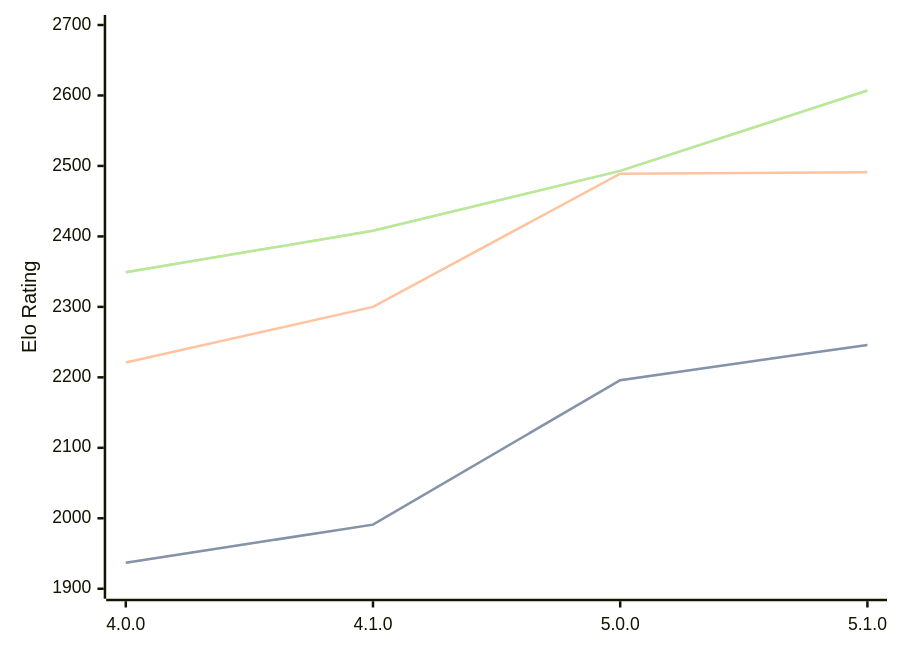
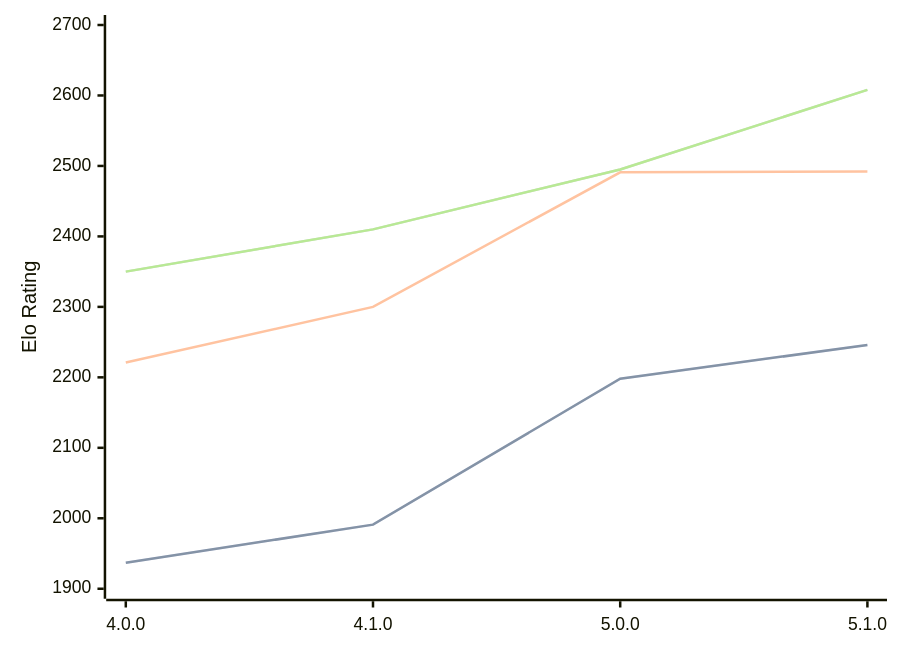
One commit to computer-chess-index/cci changed the diagram in engines/Aconcagua.md. Above: the diagram before and after it, drawn with Mermaid. The commit also changed other lines of this file, not shown here.

Commit message:
Update CCI Ratings (ELO VLTC) - 2026-04-25

````diff
--- a/engines/Aconcagua.md
+++ b/engines/Aconcagua.md
@@ -43,11 +43,11 @@
 ```mermaid
 %%{init: {"theme":"base","themeVariables":{"seriesColors:['#a3a3a3','#222221','#faa371']}}}%%
 xychart-beta
   x-axis ["4.0.0", "4.1.0", "5.0.0", "5.1.0"]
   y-axis "Elo Rating" 1900 --> 2700
-  line "STC (8.0+0.08s)" [1937, 1991, 2196, 2246]
-  line "STC (8.0+0.08s)" [1937, 1991, 2196, 2246]
-  line "LTC (60.0+0.60s)" [2221, 2300, 2489, 2491]
-  line "VLTC (2m24s+1.12s)" [2349, 2408, 2493, 2607]
-  line "VLTC (2m24s+1.12s)" [2349, 2408, 2493, 2607]
+  line "STC (8.0+0.08s)" [1937, 1991, 2198, 2246]
+  line "STC (8.0+0.08s)" [1937, 1991, 2198, 2246]
+  line "LTC (60.0+0.60s)" [2221, 2300, 2491, 2492]
+  line "VLTC (2m24s+1.12s)" [2350, 2410, 2495, 2608]
+  line "VLTC (2m24s+1.12s)" [2350, 2410, 2495, 2608]
 ```
````
